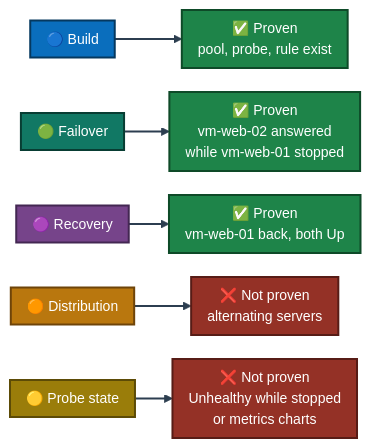
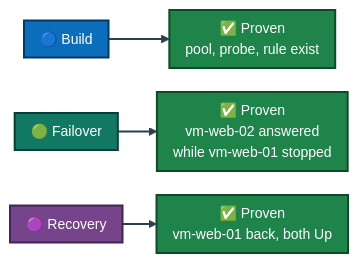
Before and after one commit to malaika-azhar/Cloud-Infrastructure-Engineering: the third of 3 diagrams in Azure/06-load-balancer/README.md, drawn with Mermaid. The commit also changed other lines of this file, not shown here.

````diff
--- a/Azure/06-load-balancer/README.md
+++ b/Azure/06-load-balancer/README.md
@@ -518,17 +511,12 @@
 ```mermaid
 %%{init: {'theme': 'base', 'themeVariables': {'fontSize': '14px'}, 'flowchart': {'nodeSpacing': 24, 'rankSpacing': 34, 'padding': 8}}}%%
 flowchart LR
     A["🔵 Build"]:::c1 --> A1["✅ Proven<br/>pool, probe, rule exist"]:::ok
     B["🟢 Failover"]:::c2 --> B1["✅ Proven<br/>vm-web-02 answered<br/>while vm-web-01 stopped"]:::ok
     C["🟣 Recovery"]:::c3 --> C1["✅ Proven<br/>vm-web-01 back, both Up"]:::ok
-    D["🟠 Distribution"]:::c4 --> D1["❌ Not proven<br/>alternating servers"]:::bad
-    E["🟡 Probe state"]:::c5 --> E1["❌ Not proven<br/>Unhealthy while stopped<br/>or metrics charts"]:::bad
     classDef c1 fill:#0A6EBD,stroke:#05385F,stroke-width:2px,color:#FFFFFF
     classDef c2 fill:#117864,stroke:#083D33,stroke-width:2px,color:#FFFFFF
     classDef c3 fill:#76448A,stroke:#432752,stroke-width:2px,color:#FFFFFF
-    classDef c4 fill:#B9770E,stroke:#6E4409,stroke-width:2px,color:#FFFFFF
-    classDef c5 fill:#9A7D0A,stroke:#5C4B06,stroke-width:2px,color:#FFFFFF
     classDef ok fill:#1E8449,stroke:#0E4A28,stroke-width:2px,color:#FFFFFF
-    classDef bad fill:#943126,stroke:#571C16,stroke-width:2px,color:#FFFFFF
     linkStyle default stroke:#2C3E50,stroke-width:2px
 ```
````
